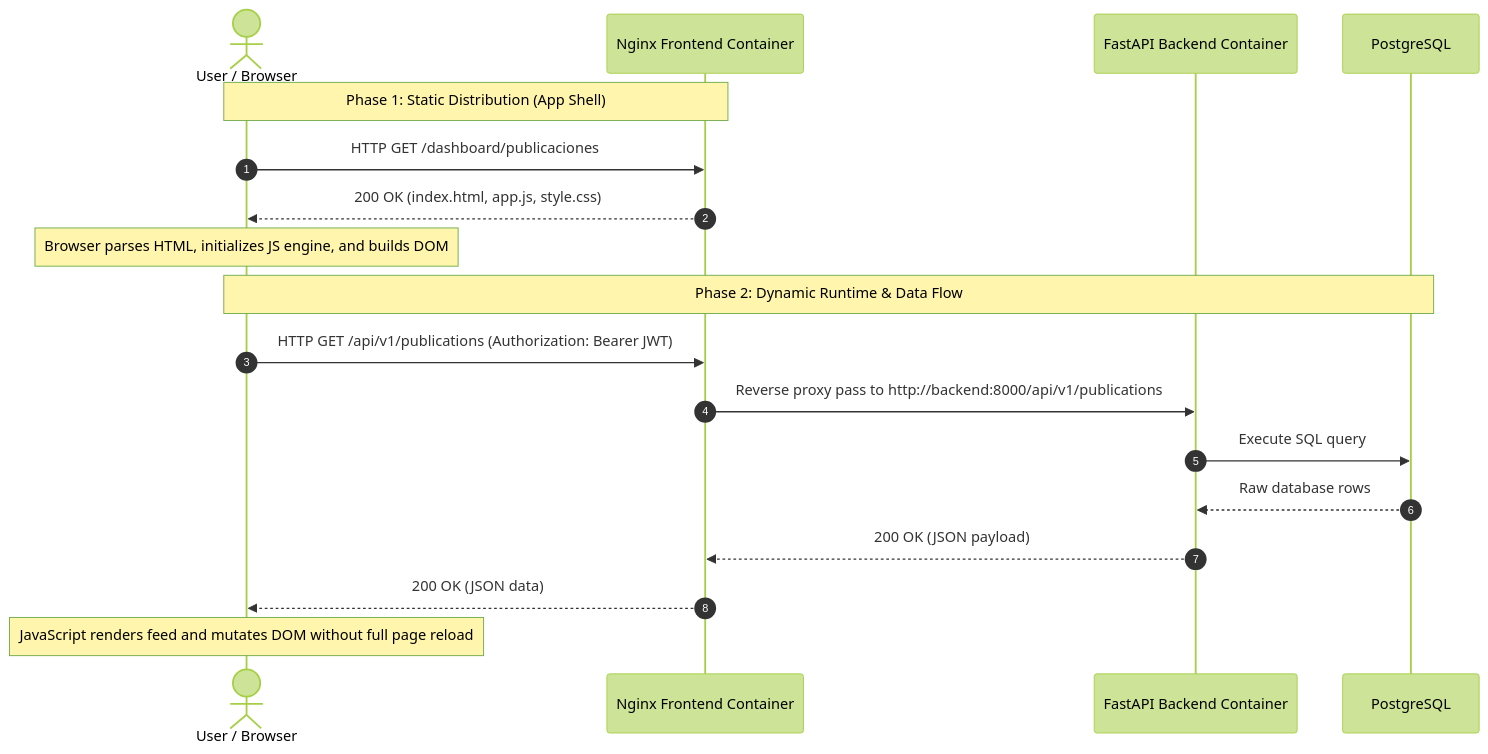
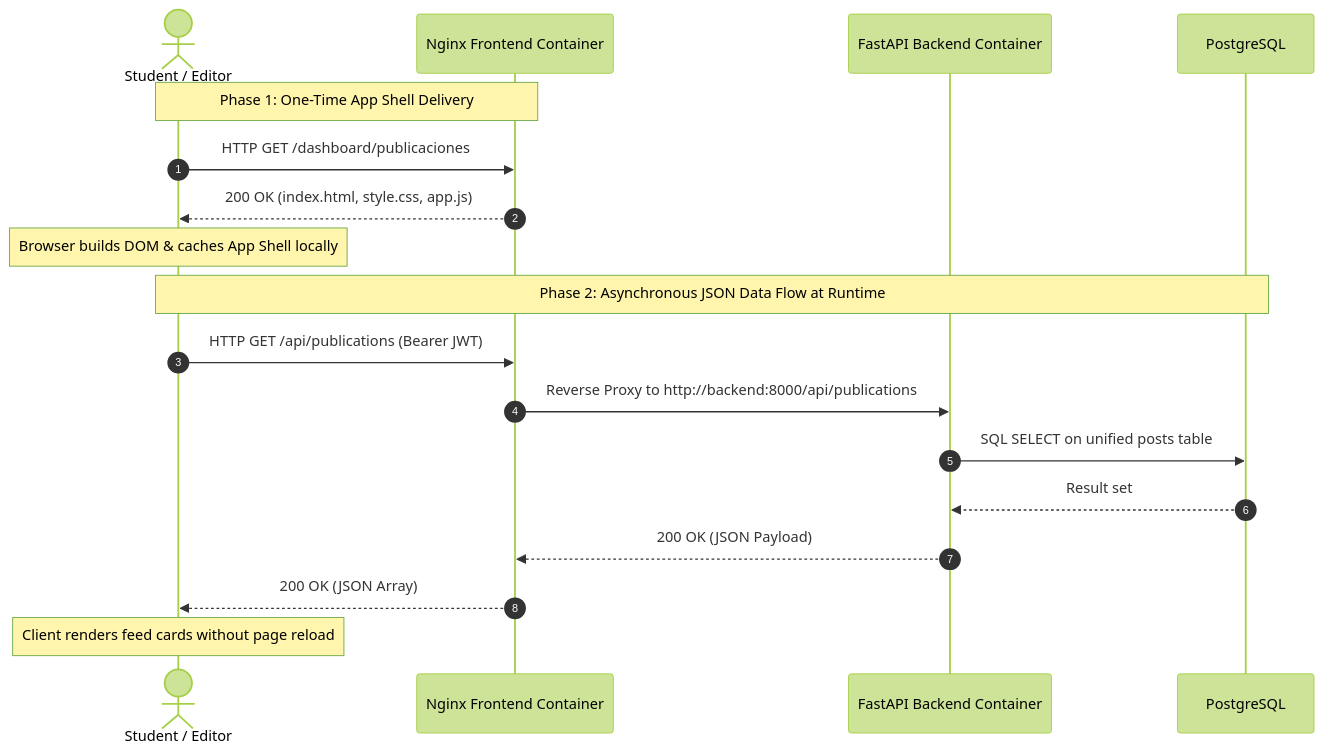
One commit to Pascal-Thommen/pascal-thommen.github.io changed the first of 2 diagrams in content/posts/upa-campus-app-architecture-part-4/index.en.md. Above: the diagram before and after it, drawn with Mermaid (forest theme). The commit also changed other lines of this file and 20 other files, not shown here.

Commit message:
feat(posts): refine UPA Campus App architecture series with holistic webapp mental model and specification depth

````diff
--- a/content/posts/upa-campus-app-architecture-part-4/index.en.md
+++ b/content/posts/upa-campus-app-architecture-part-4/index.en.md
@@ -91,22 +30,22 @@
 ```mermaid
 sequenceDiagram
     autonumber
-    actor User as User / Browser
+    actor User as Student / Editor
     participant Nginx as Nginx Frontend Container
     participant Backend as FastAPI Backend Container
     participant DB as PostgreSQL
 
-    Note over User,Nginx: Phase 1: Static Distribution (App Shell)
+    Note over User,Nginx: Phase 1: One-Time App Shell Delivery
     User->>Nginx: HTTP GET /dashboard/publicaciones
-    Nginx-->>User: 200 OK (index.html, app.js, style.css)
-    Note over User: Browser parses HTML, initializes JS engine, and builds DOM
+    Nginx-->>User: 200 OK (index.html, style.css, app.js)
+    Note over User: Browser builds DOM & caches App Shell locally
 
-    Note over User,DB: Phase 2: Dynamic Runtime & Data Flow
-    User->>Nginx: HTTP GET /api/v1/publications (Authorization: Bearer JWT)
-    Nginx->>Backend: Reverse proxy pass to http://backend:8000/api/v1/publications
-    Backend->>DB: Execute SQL query
-    DB-->>Backend: Raw database rows
-    Backend-->>Nginx: 200 OK (JSON payload)
-    Nginx-->>User: 200 OK (JSON data)
-    Note over User: JavaScript renders feed and mutates DOM without full page reload
+    Note over User,DB: Phase 2: Asynchronous JSON Data Flow at Runtime
+    User->>Nginx: HTTP GET /api/publications (Bearer JWT)
+    Nginx->>Backend: Reverse Proxy to http://backend:8000/api/publications
+    Backend->>DB: SQL SELECT on unified posts table
+    DB-->>Backend: Result set
+    Backend-->>Nginx: 200 OK (JSON Payload)
+    Nginx-->>User: 200 OK (JSON Array)
+    Note over User: Client renders feed cards without page reload
 ```
````
